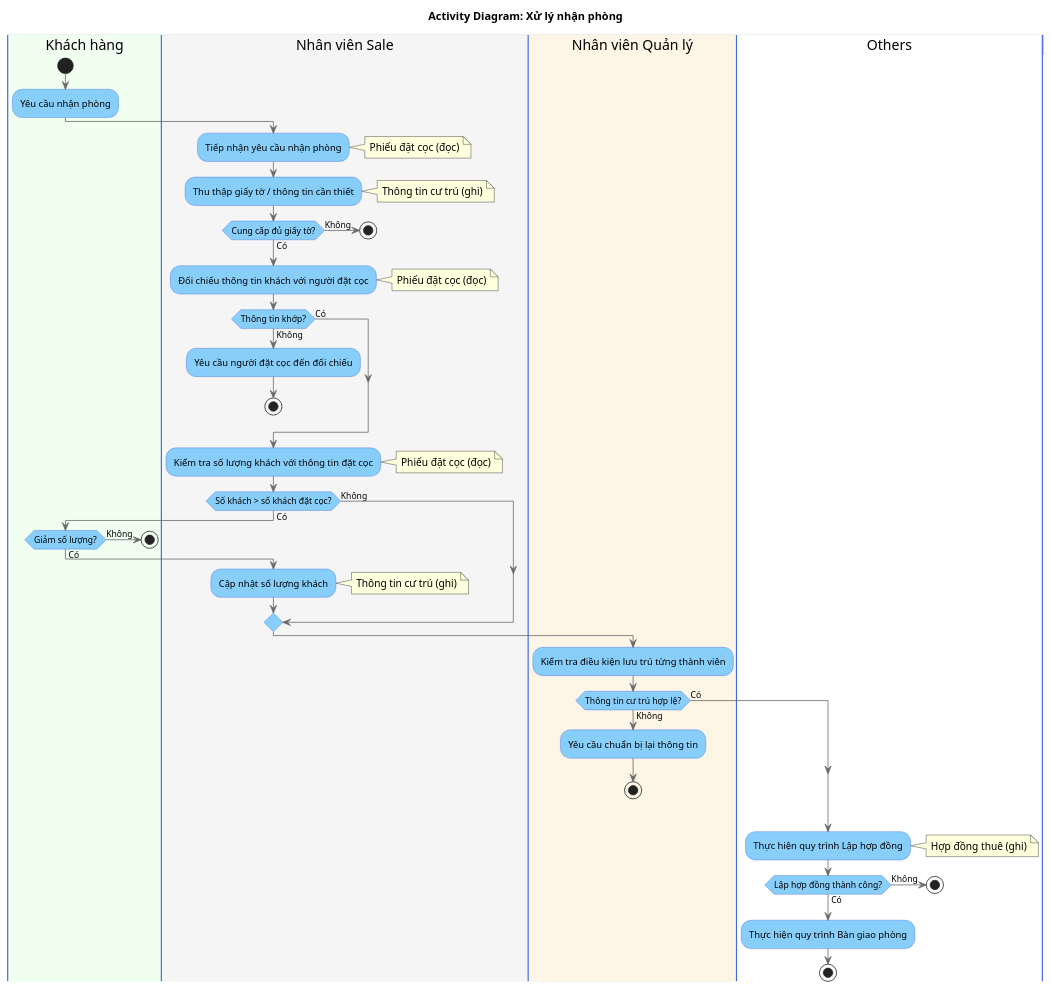
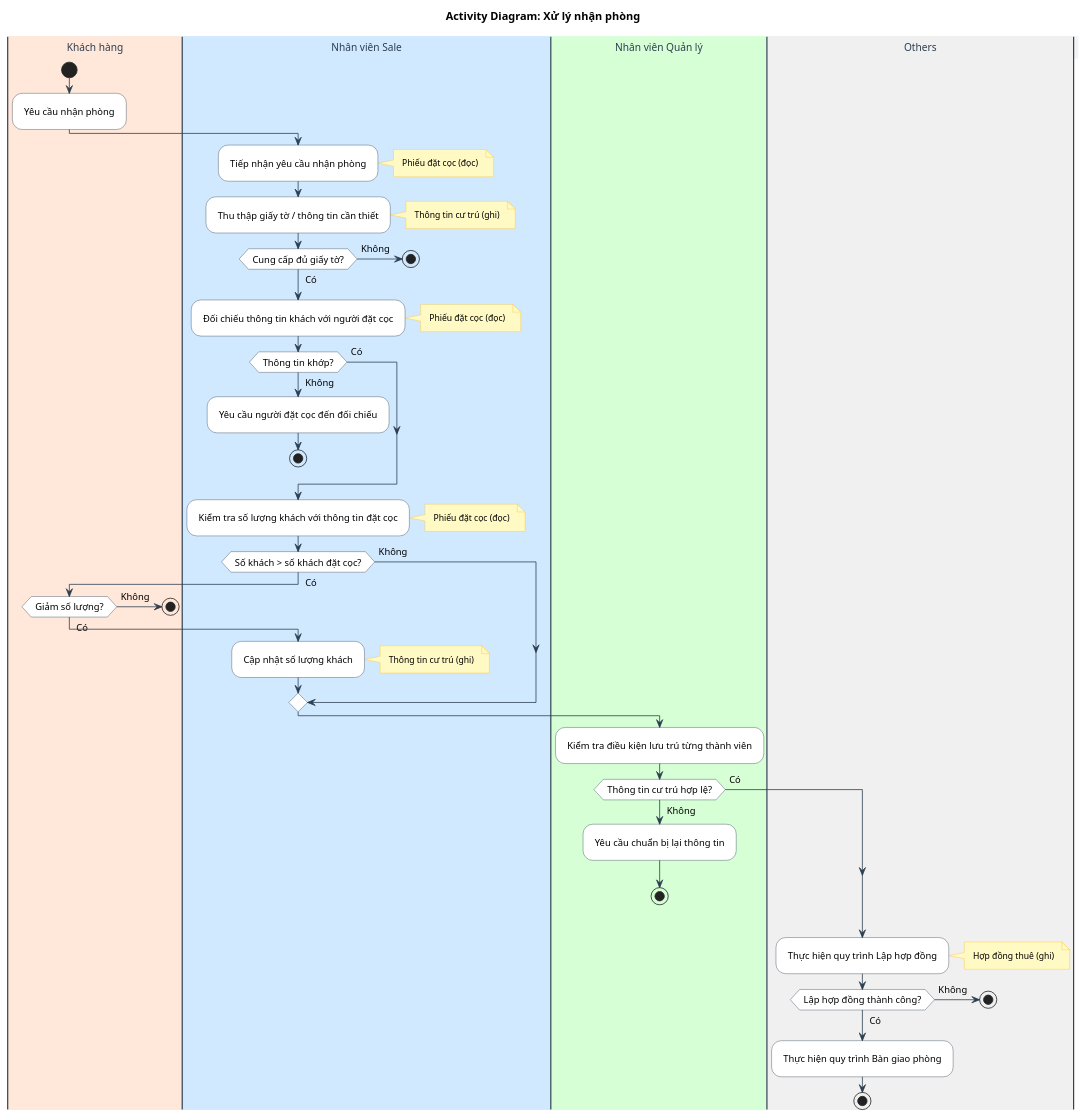
One commit to Gnourt812005/HCMUS-Analyze-and-desgin-IS changed the diagram in doc/business/activity/xu_ly_nhan_phong.wsd. Above: the diagram before and after it, drawn with PlantUML. The commit also changed 11 other files, not shown here.

```diff
--- a/doc/business/activity/xu_ly_nhan_phong.wsd
+++ b/doc/business/activity/xu_ly_nhan_phong.wsd
@@ -1,98 +1,108 @@
-@startuml
+@startuml XuLyNhanPhong
 title Activity Diagram: Xử lý nhận phòng
 
-' --- CẤU HÌNH GIAO DIỆN ---
-skinparam activity {
-    BackgroundColor LightSkyBlue
-    BorderColor RoyalBlue
-    ArrowColor DimGray
-}
-skinparam swimlane {
-    BorderColor RoyalBlue
-    TitleBackgroundColor LightSteelBlue
+' --- STYLE CONFIGURATION ---
+skinparam {
+    ActivityBackgroundColor White
+    ActivityBorderColor #2D3E50
+    ArrowColor #2D3E50
+    DefaultFontName "Arial"
+    DefaultFontSize 12
+    Padding 5
+
+    ' Swimlane styling
+    SwimlaneBorderColor #2D3E50
+    SwimlaneTitleBackgroundColor #F1F3F5
+    SwimlaneTitleFontSize 13
+    SwimlaneTitleFontColor #2D3E50
+    
+    ' Note styling
+    NoteBackgroundColor #FFF9C4
+    NoteBorderColor #FBC02D
+    NoteFontSize 11
 }
 
-' --- KHAI BÁO SWIMLANES (CÁC LÀN BƠI) ---
-|#HoneyDew|Khách hàng|
-|#WhiteSmoke|Nhân viên Sale|
-' |#AliceBlue|Nhân viên phụ trách|
-|#OldLace|Nhân viên Quản lý|
-|#White|Others|
+' --- SWIMLANES ---
+|#FFE7D9|Khách hàng|
+|#D1E9FF|Nhân viên Sale|
+|#D6FFD6|Nhân viên Quản lý|
+|#F0F0F0|Others|
+
 
 
 |Khách hàng|
 start
 :Yêu cầu nhận phòng;
 
 |Nhân viên Sale|
 :Tiếp nhận yêu cầu nhận phòng;
 note right
 Phiếu đặt cọc (đọc)
 end note
 
 :Thu thập giấy tờ / thông tin cần thiết;
 note right
 Thông tin cư trú (ghi)
 end note
 
 if (Cung cấp đủ giấy tờ?) then (Có)
 else (Không)
     stop
 endif
 
 :Đối chiếu thông tin khách với người đặt cọc;
 note right
 Phiếu đặt cọc (đọc)
 end note
 
 if (Thông tin khớp?) then (Có)
 else (Không)
     :Yêu cầu người đặt cọc đến đối chiếu;
     stop
 endif
 
 :Kiểm tra số lượng khách với thông tin đặt cọc;
 note right
 Phiếu đặt cọc (đọc)
 end note
 
 if (Số khách > số khách đặt cọc?) then (Có)
     |Khách hàng|
 
     if (Giảm số lượng?) then (Không)
         stop
     else (Có)
         |Nhân viên Sale|
         :Cập nhật số lượng khách;
         note right
         Thông tin cư trú (ghi)
         end note
     endif
 
 else (Không)
 endif
 
 
 |Nhân viên Quản lý|
 :Kiểm tra điều kiện lưu trú từng thành viên;
 
 if (Thông tin cư trú hợp lệ?) then (Có)
 else (Không)
     :Yêu cầu chuẩn bị lại thông tin;
     stop
 endif
 
 |Others|
 :Thực hiện quy trình Lập hợp đồng;
 note right
 Hợp đồng thuê (ghi)
 end note
 if (Lập hợp đồng thành công?) then (Có)
 else (Không)
     stop
 endif
 
 :Thực hiện quy trình Bàn giao phòng;
 
 stop
 @enduml
```
